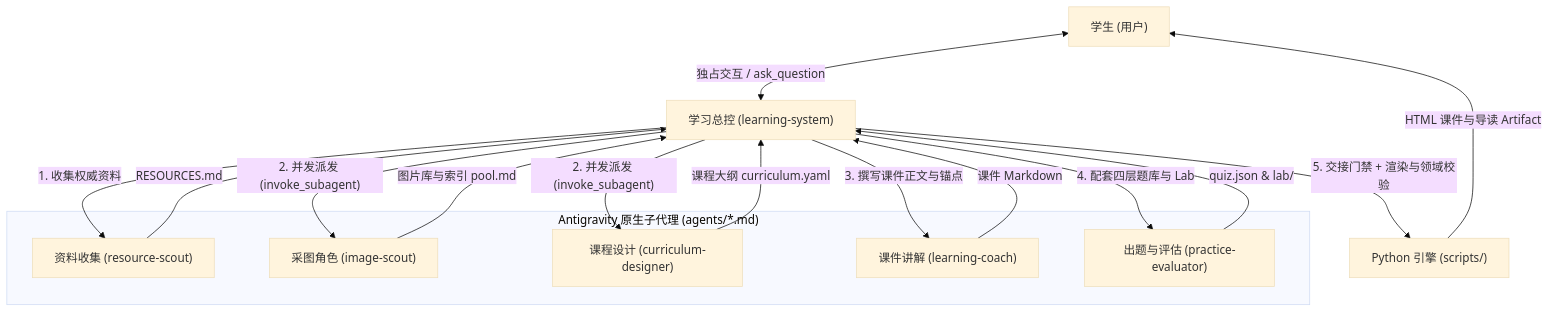
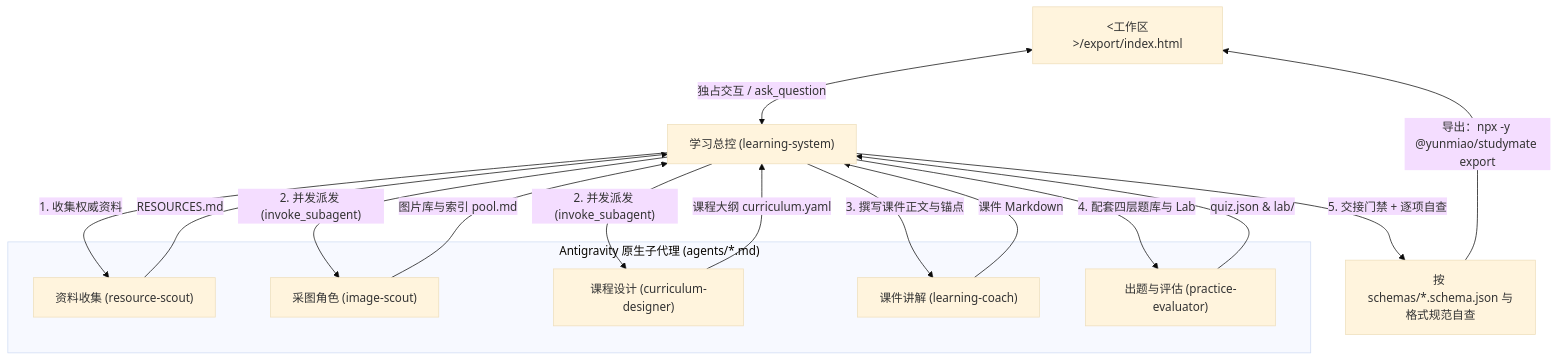
The diagram in docs/使用/Antigravity.md (Miaotofu01/Study-Mate), drawn with Mermaid (base theme) before and after one commit. The commit also changed other lines of this file and 17 other files, not shown here.

````diff
--- a/docs/使用/Antigravity.md
+++ b/docs/使用/Antigravity.md
@@ -11,25 +11,25 @@
 ```mermaid
 flowchart TD
     User["学生 (用户)"] <-->|"独占交互 / ask_question"| LS["学习总控 (learning-system)"]
     
     subgraph Subagents ["Antigravity 原生子代理 (agents/*.md)"]
         RS["资料收集 (resource-scout)"]
         IS["采图角色 (image-scout)"]
         CD["课程设计 (curriculum-designer)"]
         LC["课件讲解 (learning-coach)"]
         PE["出题与评估 (practice-evaluator)"]
     end
     
     LS -->|"1. 收集权威资料"| RS
     RS -->|"RESOURCES.md"| LS
     LS -->|"2. 并发派发 (invoke_subagent)"| IS
     LS -->|"2. 并发派发 (invoke_subagent)"| CD
     IS -->|"图片库与索引 pool.md"| LS
     CD -->|"课程大纲 curriculum.yaml"| LS
     LS -->|"3. 撰写课件正文与锚点"| LC
     LC -->|"课件 Markdown"| LS
     LS -->|"4. 配套四层题库与 Lab"| PE
     PE -->|"quiz.json & lab/"| LS
-    LS -->|"5. 交接门禁 + 渲染与领域校验"| Engine["Python 引擎 (scripts/)"]
-    Engine -->|"HTML 课件与导读 Artifact"| User
+    LS -->|"5. 交接门禁 + 逐项自查"| Check["按 schemas/*.schema.json 与格式规范自查"]
+    Check -->|"导出：npx -y @yunmiao/studymate export"| User["<工作区>/export/index.html"]
 ```
````
